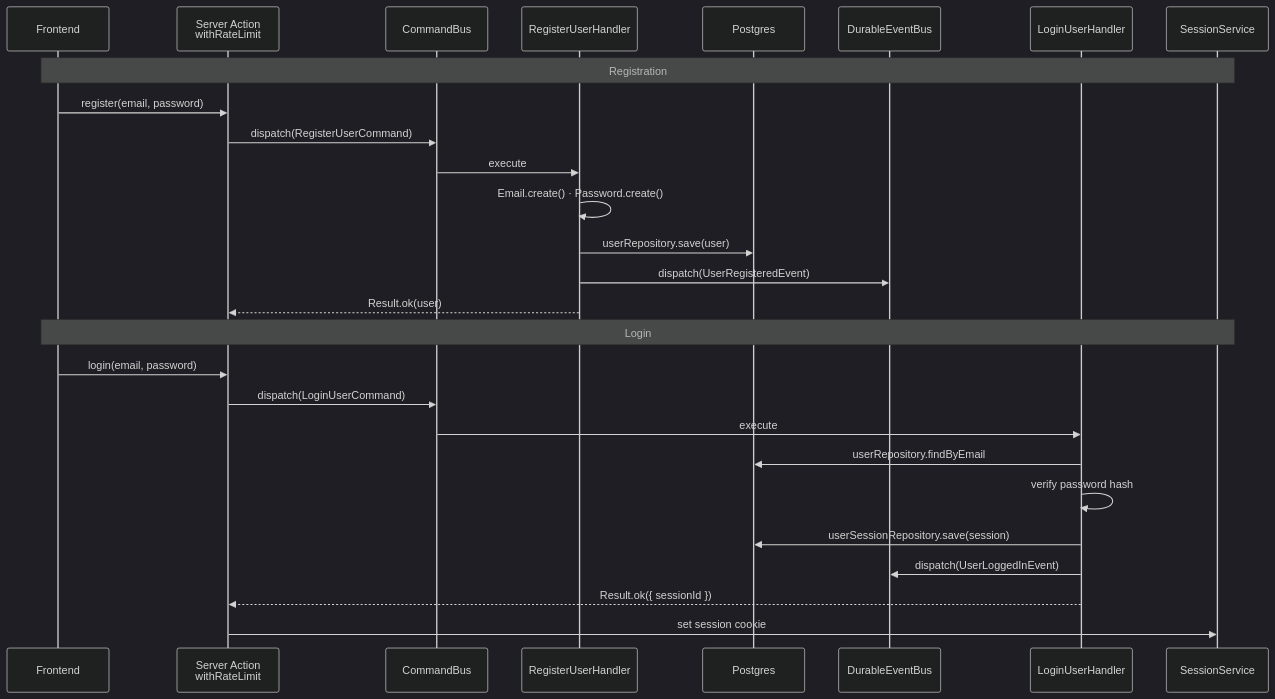
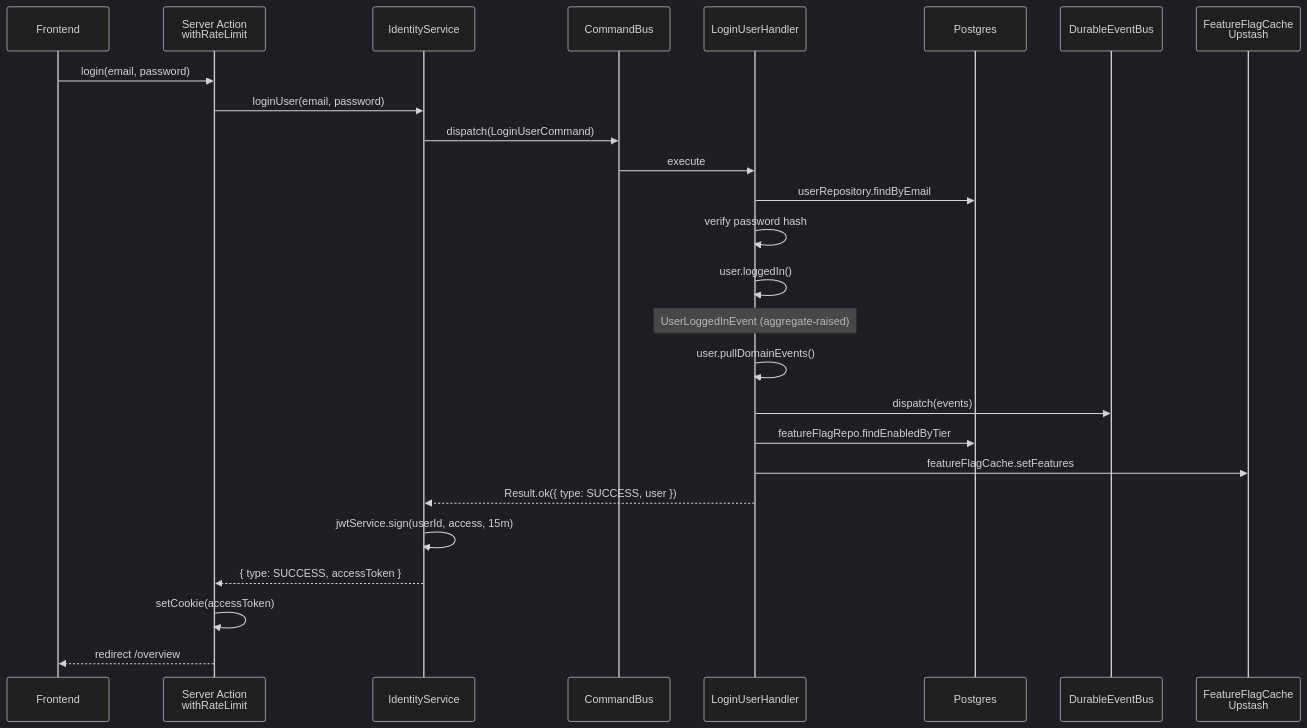
Before and after one commit to ctsmith2308/ledger: the sixth of 10 diagrams in docs/flows.md, drawn with Mermaid (dark theme). The commit also changed other lines of this file and 12 other files, not shown here.

````diff
--- a/docs/flows.md
+++ b/docs/flows.md
@@ -165,31 +196,29 @@
 ```mermaid
 sequenceDiagram
     participant UI as Frontend
     participant SA as Server Action<br/>withRateLimit
+    participant SVC as IdentityService
     participant CB as CommandBus
-    participant RH as RegisterUserHandler
+    participant LH as LoginUserHandler
     participant DB as Postgres
     participant EB as DurableEventBus
-    participant LH as LoginUserHandler
-    participant SS as SessionService
+    participant FF as FeatureFlagCache<br/>Upstash
 
-    Note over UI,SS: Registration
-    UI->>SA: register(email, password)
-    SA->>CB: dispatch(RegisterUserCommand)
-    CB->>RH: execute
-    RH->>RH: Email.create() · Password.create()
-    RH->>DB: userRepository.save(user)
-    RH->>EB: dispatch(UserRegisteredEvent)
-    RH-->>SA: Result.ok(user)
-
-    Note over UI,SS: Login
     UI->>SA: login(email, password)
-    SA->>CB: dispatch(LoginUserCommand)
+    SA->>SVC: loginUser(email, password)
+    SVC->>CB: dispatch(LoginUserCommand)
     CB->>LH: execute
     LH->>DB: userRepository.findByEmail
     LH->>LH: verify password hash
-    LH->>DB: userSessionRepository.save(session)
-    LH->>EB: dispatch(UserLoggedInEvent)
-    LH-->>SA: Result.ok({ sessionId })
-    SA->>SS: set session cookie
+    LH->>LH: user.loggedIn()
+    Note over LH: UserLoggedInEvent (aggregate-raised)
+    LH->>LH: user.pullDomainEvents()
+    LH->>EB: dispatch(events)
+    LH->>DB: featureFlagRepo.findEnabledByTier
+    LH->>FF: featureFlagCache.setFeatures
+    LH-->>SVC: Result.ok({ type: SUCCESS, user })
+    SVC->>SVC: jwtService.sign(userId, access, 15m)
+    SVC-->>SA: { type: SUCCESS, accessToken }
+    SA->>SA: setCookie(accessToken)
+    SA-->>UI: redirect /overview
 ```
````
